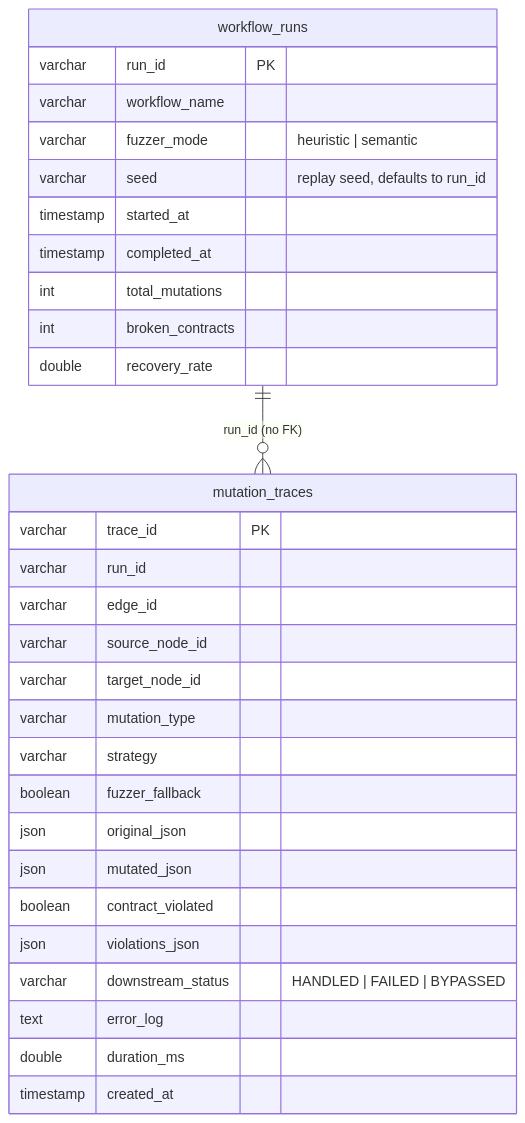
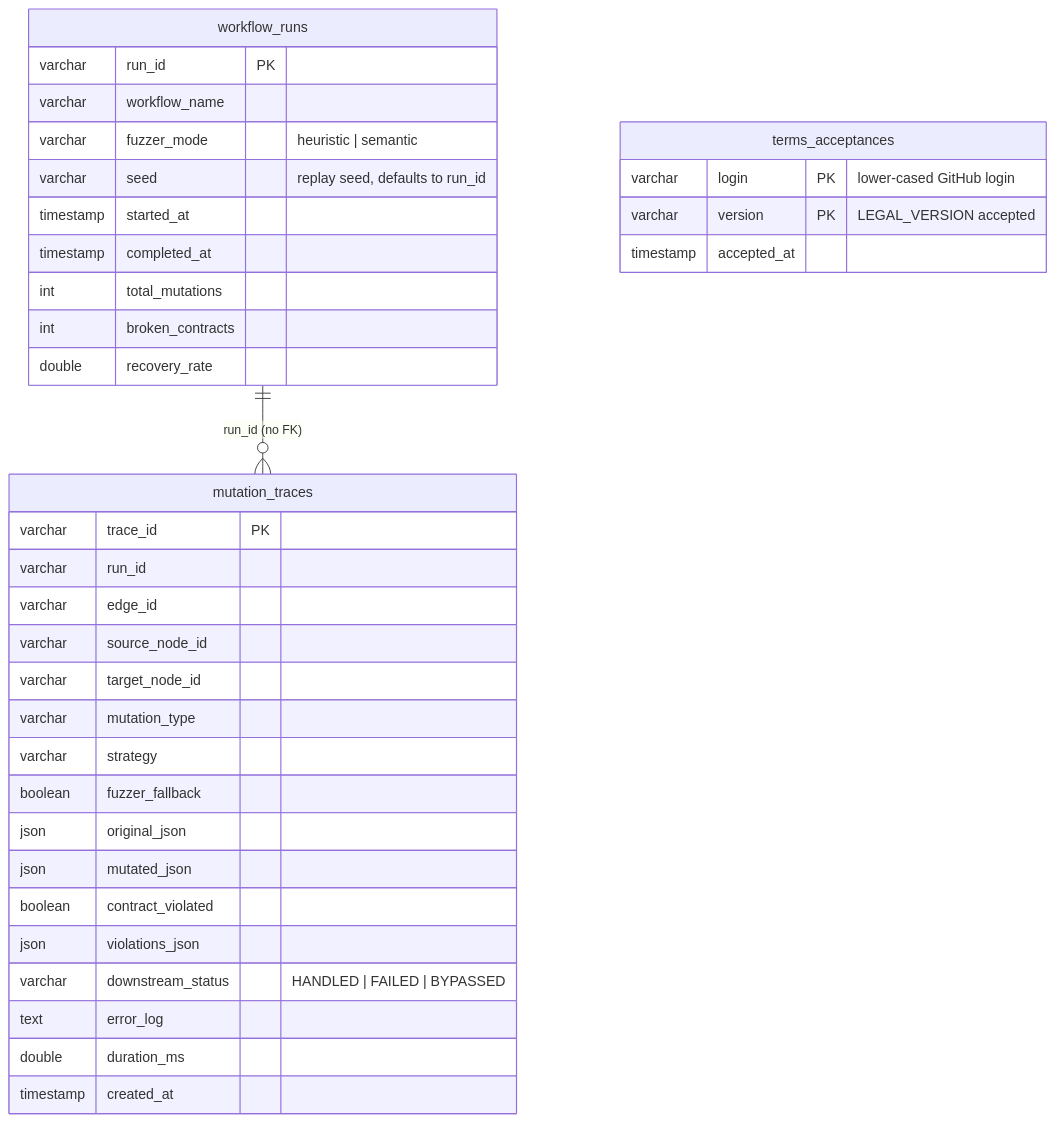
Before and after one commit to JayNightmare/Multi-Model-Thing: the fourth of 4 diagrams in docs/architecture.md, drawn with Mermaid. The commit also changed other lines of this file and 37 other files, not shown here.

````diff
--- a/docs/architecture.md
+++ b/docs/architecture.md
@@ -77,33 +77,38 @@
 ```mermaid
 erDiagram
     workflow_runs ||--o{ mutation_traces : "run_id (no FK)"
     workflow_runs {
         varchar run_id PK
         varchar workflow_name
         varchar fuzzer_mode "heuristic | semantic"
         varchar seed "replay seed, defaults to run_id"
         timestamp started_at
         timestamp completed_at
         int total_mutations
         int broken_contracts
         double recovery_rate
     }
     mutation_traces {
         varchar trace_id PK
         varchar run_id
         varchar edge_id
         varchar source_node_id
         varchar target_node_id
         varchar mutation_type
         varchar strategy
         boolean fuzzer_fallback
         json original_json
         json mutated_json
         boolean contract_violated
         json violations_json
         varchar downstream_status "HANDLED | FAILED | BYPASSED"
         text error_log
         double duration_ms
         timestamp created_at
     }
+    terms_acceptances {
+        varchar login PK "lower-cased GitHub login"
+        varchar version PK "LEGAL_VERSION accepted"
+        timestamp accepted_at
+    }
 ```
````
